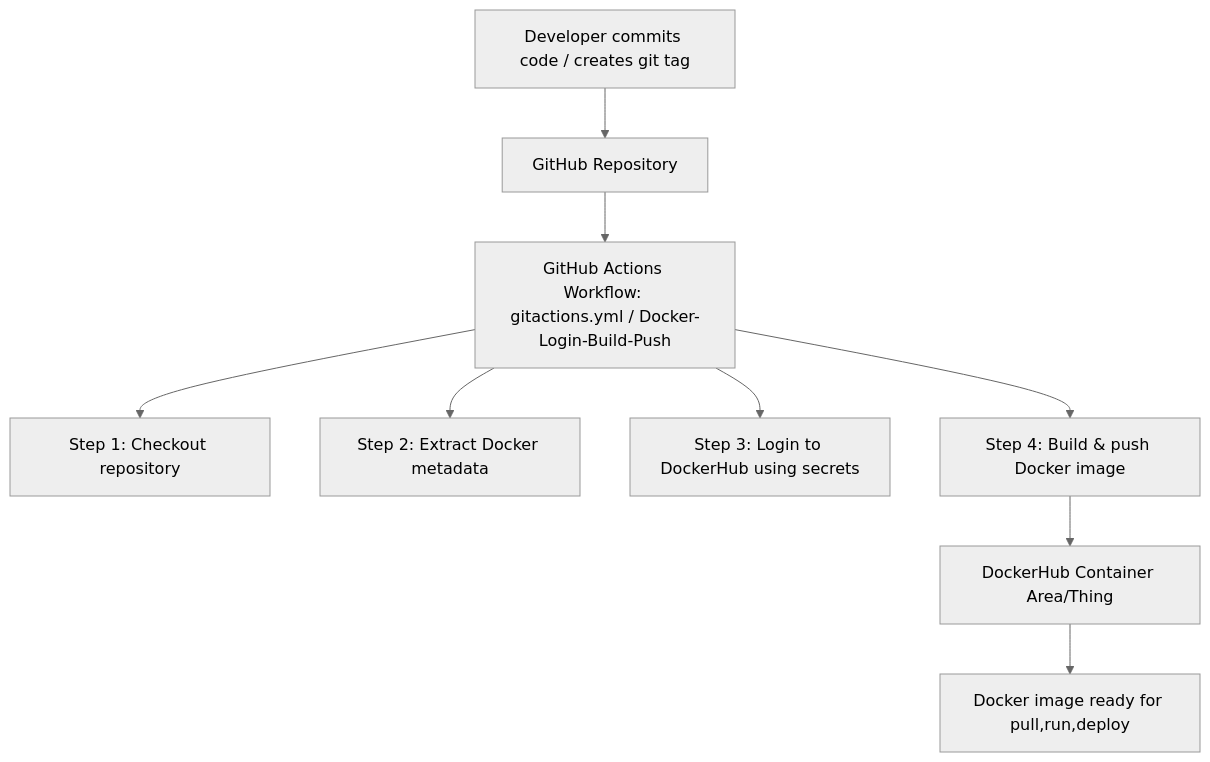
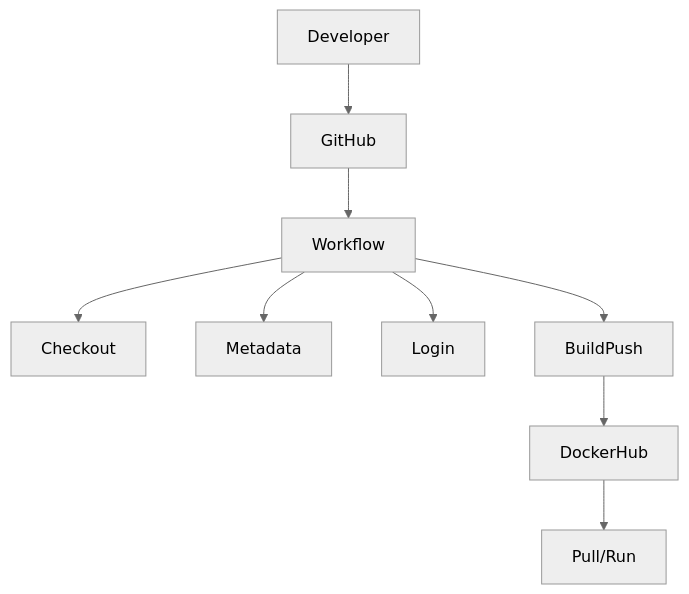
One commit to WSU-kduncan/cicdf25-Historyvariety changed the diagram in README-CI.md. Above: the diagram before and after it, drawn with Mermaid (neutral theme).

Commit message:
got rid of extra text explanations bc i got irritated it was cut off on graph

````diff
--- a/README-CI.md
+++ b/README-CI.md
@@ -20,11 +20,11 @@
 ```mermaid
   graph TD
-      Developer["Developer commits code / creates git tag"] --> GitHub["GitHub Repository"]
-      GitHub --> Workflow["GitHub Actions Workflow: gitactions.yml / Docker-Login-Build-Push"]
-      Workflow --> Checkout["Step 1: Checkout repository"]
-      Workflow --> Metadata["Step 2: Extract Docker metadata"]
-      Workflow --> Login["Step 3: Login to DockerHub using secrets"]
-      Workflow --> BuildPush["Step 4: Build & push Docker image"]
-      BuildPush --> DockerHub["DockerHub Container Area/Thing"]
-      DockerHub --> Pull/Run["Docker image ready for pull,run,deploy"]
+      Developer--> GitHub
+      GitHub --> Workflow
+      Workflow --> Checkout
+      Workflow --> Metadata
+      Workflow --> Login
+      Workflow --> BuildPush
+      BuildPush --> DockerHub
+      DockerHub --> Pull/Run
 ```
````
